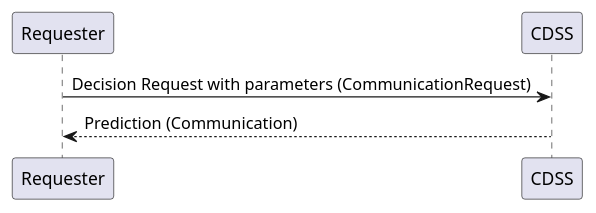
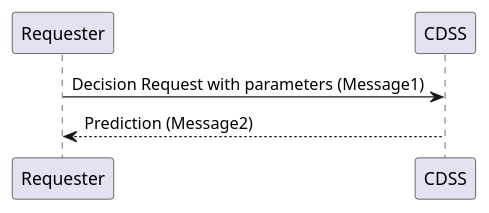
Before and after one commit to joofio/obs-cdss-fhir: the diagram in input/images-source/system.plantuml, drawn with PlantUML. The commit also changed 2 other files, not shown here.

```diff
--- a/input/images-source/system.plantuml
+++ b/input/images-source/system.plantuml
@@ -1,6 +1,6 @@
 @startuml
-Requester -> CDSS: Decision Request with parameters (CommunicationRequest)
-CDSS --> Requester: Prediction (Communication)
+Requester -> CDSS: Decision Request with parameters (Message1)
+CDSS --> Requester: Prediction (Message2)
 
 
 @enduml
```
